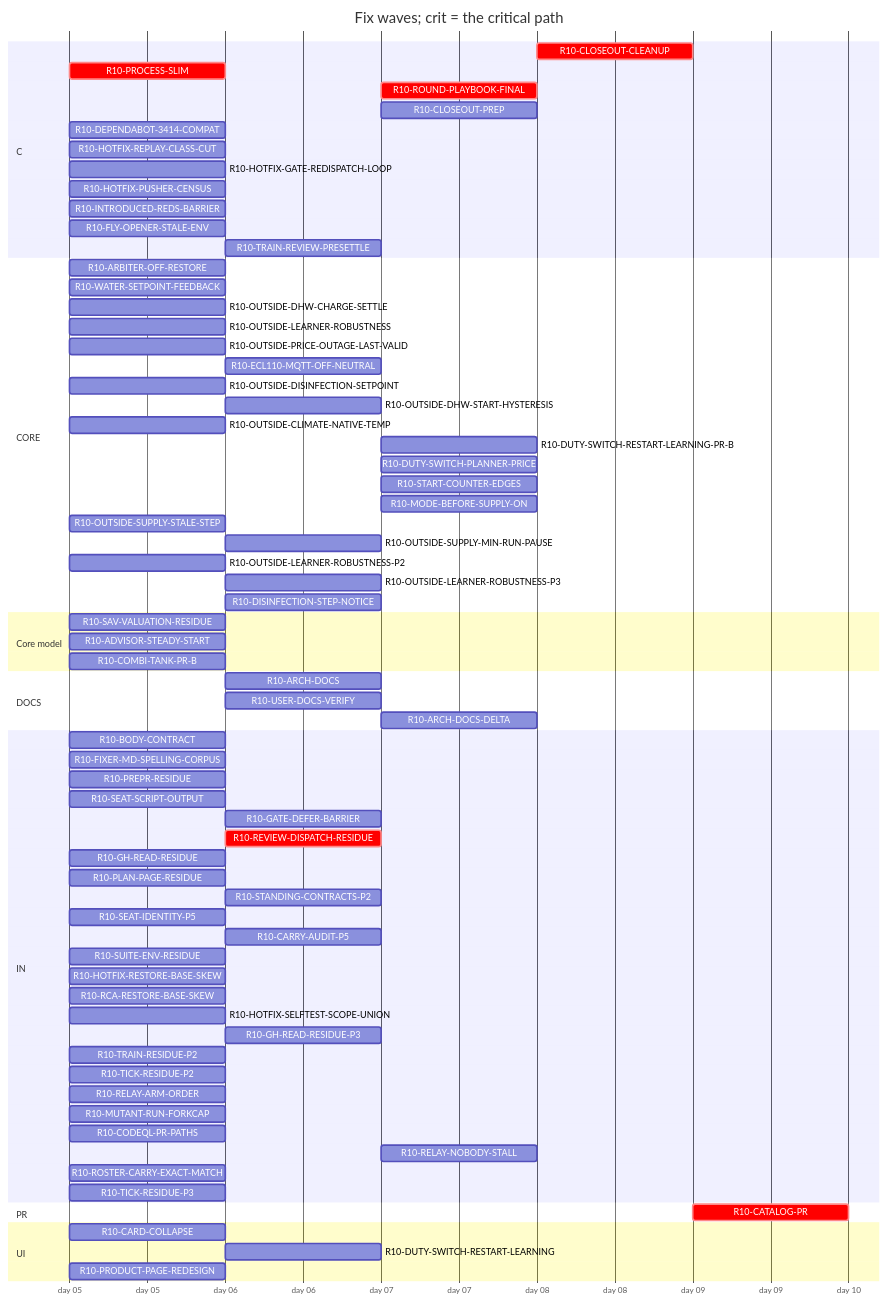
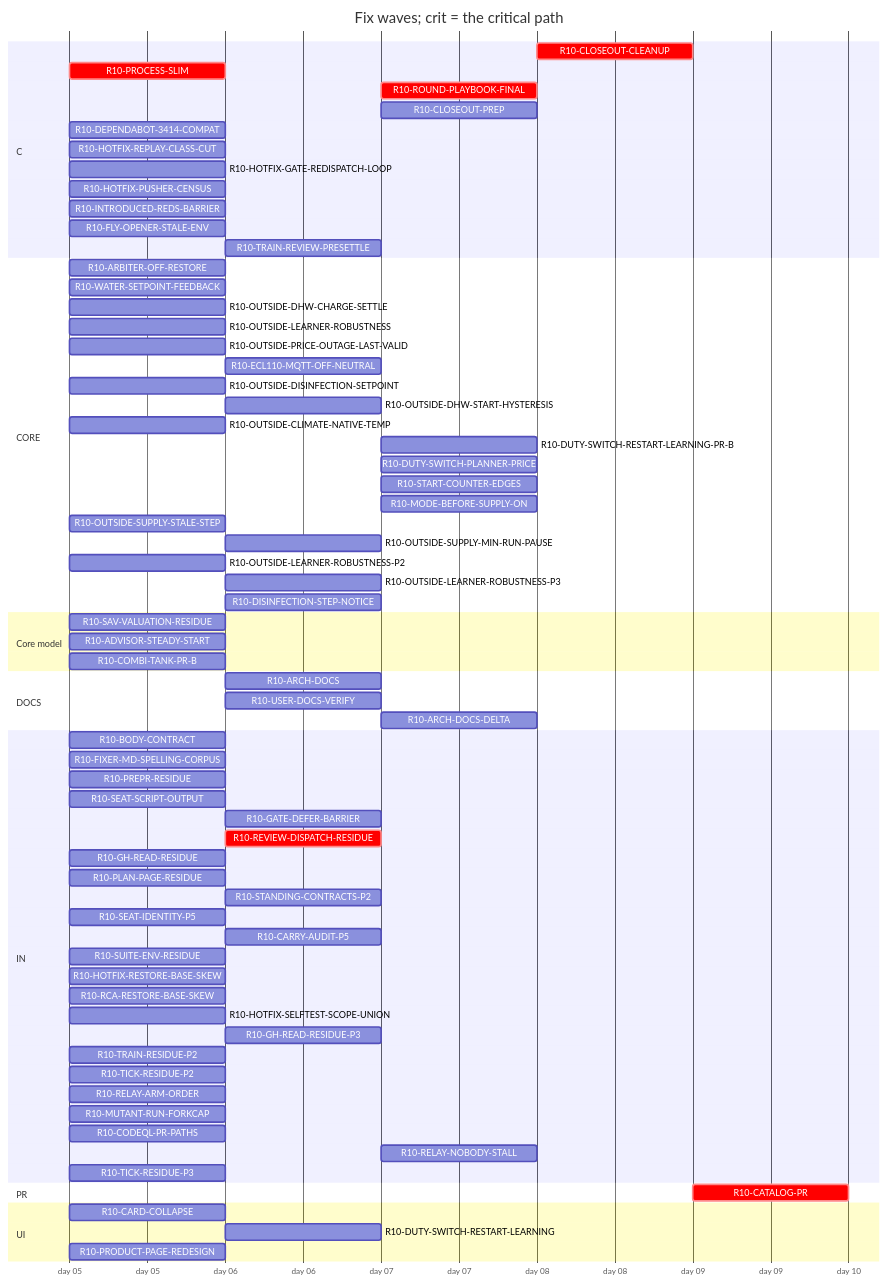
The diagram in handoff/round10/state/PLAN-TABLE.md (tvofi/heatpump_optimizer), drawn with Mermaid before and after one commit. The commit also changed other lines of this file and 3 other files, not shown here.

Commit message:
state: FLOW-BOARD.md, NEXT-SESSION-PROMPT.md, PLAN-TABLE.md, RESUME-CURRENT.md regenerated (state_docs.py)

````diff
--- a/handoff/round10/state/PLAN-TABLE.md
+++ b/handoff/round10/state/PLAN-TABLE.md
@@ -20,76 +20,75 @@
 ```mermaid
 gantt
   title Fix waves; crit = the critical path
   dateFormat YYYY-MM-DD
   axisFormat day %d
   section C
     R10-CLOSEOUT-CLEANUP :crit, r10CLOSEOUTCLEANUP, after r10ARCHDOCS r10USERDOCSVERIFY r10ROUNDPLAYBOOKFINAL r10CLOSEOUTPREP r10ARCHDOCSDELTA, 1d
     R10-PROCESS-SLIM :crit, r10PROCESSSLIM, 2026-01-05, 1d
     R10-ROUND-PLAYBOOK-FINAL :crit, r10ROUNDPLAYBOOKFINAL, after r10BODYCONTRACT r10PROCESSSLIM r10FIXERMDSPELLINGCORPUS r10PREPRRESIDUE r10SEATSCRIPTOUTPUT r10REVIEWDISPATCHRESIDUE r10CARRYAUDITP5 r10SEATIDENTITYP5 r10STANDINGCONTRACTSP2 r10PLANPAGERESIDUE r10GHREADRESIDUE r10SUITEENVRESIDUE r10GATEDEFERBARRIER, 1d
     R10-CLOSEOUT-PREP :r10CLOSEOUTPREP, after r10ARCHDOCS r10BODYCONTRACT r10PROCESSSLIM r10FIXERMDSPELLINGCORPUS r10PREPRRESIDUE r10SEATSCRIPTOUTPUT r10REVIEWDISPATCHRESIDUE r10CARRYAUDITP5 r10SEATIDENTITYP5 r10STANDINGCONTRACTSP2 r10PLANPAGERESIDUE r10GHREADRESIDUE r10SUITEENVRESIDUE r10GATEDEFERBARRIER, 1d
     R10-DEPENDABOT-3414-COMPAT :r10DEPENDABOT3414COMPAT, 2026-01-05, 1d
     R10-HOTFIX-REPLAY-CLASS-CUT :r10HOTFIXREPLAYCLASSCUT, 2026-01-05, 1d
     R10-HOTFIX-GATE-REDISPATCH-LOOP :r10HOTFIXGATEREDISPATCHLOOP, 2026-01-05, 1d
     R10-HOTFIX-PUSHER-CENSUS :r10HOTFIXPUSHERCENSUS, 2026-01-05, 1d
     R10-INTRODUCED-REDS-BARRIER :r10INTRODUCEDREDSBARRIER, 2026-01-05, 1d
     R10-FLY-OPENER-STALE-ENV :r10FLYOPENERSTALEENV, 2026-01-05, 1d
     R10-TRAIN-REVIEW-PRESETTLE :r10TRAINREVIEWPRESETTLE, after r10TRAINRESIDUEP2, 1d
   section CORE
     R10-ARBITER-OFF-RESTORE :r10ARBITEROFFRESTORE, 2026-01-05, 1d
     R10-WATER-SETPOINT-FEEDBACK :r10WATERSETPOINTFEEDBACK, 2026-01-05, 1d
     R10-OUTSIDE-DHW-CHARGE-SETTLE :r10OUTSIDEDHWCHARGESETTLE, 2026-01-05, 1d
     R10-OUTSIDE-LEARNER-ROBUSTNESS :r10OUTSIDELEARNERROBUSTNESS, 2026-01-05, 1d
     R10-OUTSIDE-PRICE-OUTAGE-LAST-VALID :r10OUTSIDEPRICEOUTAGELASTVALID, 2026-01-05, 1d
     R10-ECL110-MQTT-OFF-NEUTRAL :r10ECL110MQTTOFFNEUTRAL, after r10ARBITEROFFRESTORE, 1d
     R10-OUTSIDE-DISINFECTION-SETPOINT :r10OUTSIDEDISINFECTIONSETPOINT, 2026-01-05, 1d
     R10-OUTSIDE-DHW-START-HYSTERESIS :r10OUTSIDEDHWSTARTHYSTERESIS, after r10OUTSIDEDISINFECTIONSETPOINT, 1d
     R10-OUTSIDE-CLIMATE-NATIVE-TEMP :r10OUTSIDECLIMATENATIVETEMP, 2026-01-05, 1d
     R10-DUTY-SWITCH-RESTART-LEARNING-PR-B :r10DUTYSWITCHRESTARTLEARNINGPRB, after r10DUTYSWITCHRESTARTLEARNING, 1d
     R10-DUTY-SWITCH-PLANNER-PRICE :r10DUTYSWITCHPLANNERPRICE, after r10DUTYSWITCHRESTARTLEARNING, 1d
     R10-START-COUNTER-EDGES :r10STARTCOUNTEREDGES, after r10DUTYSWITCHRESTARTLEARNING, 1d
     R10-MODE-BEFORE-SUPPLY-ON :r10MODEBEFORESUPPLYON, after r10DUTYSWITCHRESTARTLEARNING, 1d
     R10-OUTSIDE-SUPPLY-STALE-STEP :r10OUTSIDESUPPLYSTALESTEP, 2026-01-05, 1d
     R10-OUTSIDE-SUPPLY-MIN-RUN-PAUSE :r10OUTSIDESUPPLYMINRUNPAUSE, after r10OUTSIDESUPPLYSTALESTEP, 1d
     R10-OUTSIDE-LEARNER-ROBUSTNESS-P2 :r10OUTSIDELEARNERROBUSTNESSP2, 2026-01-05, 1d
     R10-OUTSIDE-LEARNER-ROBUSTNESS-P3 :r10OUTSIDELEARNERROBUSTNESSP3, after r10OUTSIDELEARNERROBUSTNESS r10OUTSIDELEARNERROBUSTNESSP2, 1d
     R10-DISINFECTION-STEP-NOTICE :r10DISINFECTIONSTEPNOTICE, after r10OUTSIDEDISINFECTIONSETPOINT, 1d
   section Core model
     R10-SAV-VALUATION-RESIDUE :r10SAVVALUATIONRESIDUE, 2026-01-05, 1d
     R10-ADVISOR-STEADY-START :r10ADVISORSTEADYSTART, 2026-01-05, 1d
     R10-COMBI-TANK-PR-B :r10COMBITANKPRB, 2026-01-05, 1d
   section DOCS
     R10-ARCH-DOCS :r10ARCHDOCS, after r10BODYCONTRACT r10PROCESSSLIM, 1d
     R10-USER-DOCS-VERIFY :r10USERDOCSVERIFY, after r10ARBITEROFFRESTORE r10PRODUCTPAGEREDESIGN, 1d
     R10-ARCH-DOCS-DELTA :r10ARCHDOCSDELTA, after r10ARCHDOCS r10ARBITEROFFRESTORE r10SAVVALUATIONRESIDUE r10ADVISORSTEADYSTART r10COMBITANKPRB, 1d
   section IN
     R10-BODY-CONTRACT :r10BODYCONTRACT, 2026-01-05, 1d
     R10-FIXER-MD-SPELLING-CORPUS :r10FIXERMDSPELLINGCORPUS, 2026-01-05, 1d
     R10-PREPR-RESIDUE :r10PREPRRESIDUE, 2026-01-05, 1d
     R10-SEAT-SCRIPT-OUTPUT :r10SEATSCRIPTOUTPUT, 2026-01-05, 1d
     R10-GATE-DEFER-BARRIER :r10GATEDEFERBARRIER, after r10HOTFIXGATEREDISPATCHLOOP, 1d
     R10-REVIEW-DISPATCH-RESIDUE :crit, r10REVIEWDISPATCHRESIDUE, after r10PROCESSSLIM, 1d
     R10-GH-READ-RESIDUE :r10GHREADRESIDUE, 2026-01-05, 1d
     R10-PLAN-PAGE-RESIDUE :r10PLANPAGERESIDUE, 2026-01-05, 1d
     R10-STANDING-CONTRACTS-P2 :r10STANDINGCONTRACTSP2, after r10FIXERMDSPELLINGCORPUS, 1d
     R10-SEAT-IDENTITY-P5 :r10SEATIDENTITYP5, 2026-01-05, 1d
     R10-CARRY-AUDIT-P5 :r10CARRYAUDITP5, after r10BODYCONTRACT, 1d
     R10-SUITE-ENV-RESIDUE :r10SUITEENVRESIDUE, 2026-01-05, 1d
     R10-HOTFIX-RESTORE-BASE-SKEW :r10HOTFIXRESTOREBASESKEW, 2026-01-05, 1d
     R10-RCA-RESTORE-BASE-SKEW :r10RCARESTOREBASESKEW, 2026-01-05, 1d
     R10-HOTFIX-SELFTEST-SCOPE-UNION :r10HOTFIXSELFTESTSCOPEUNION, 2026-01-05, 1d
     R10-GH-READ-RESIDUE-P3 :r10GHREADRESIDUEP3, after r10GHREADRESIDUE, 1d
     R10-TRAIN-RESIDUE-P2 :r10TRAINRESIDUEP2, 2026-01-05, 1d
     R10-TICK-RESIDUE-P2 :r10TICKRESIDUEP2, 2026-01-05, 1d
     R10-RELAY-ARM-ORDER :r10RELAYARMORDER, 2026-01-05, 1d
     R10-MUTANT-RUN-FORKCAP :r10MUTANTRUNFORKCAP, 2026-01-05, 1d
     R10-CODEQL-PR-PATHS :r10CODEQLPRPATHS, 2026-01-05, 1d
     R10-RELAY-NOBODY-STALL :r10RELAYNOBODYSTALL, after r10RELAYARMORDER r10REVIEWDISPATCHRESIDUE, 1d
-    R10-ROSTER-CARRY-EXACT-MATCH :r10ROSTERCARRYEXACTMATCH, 2026-01-05, 1d
     R10-TICK-RESIDUE-P3 :r10TICKRESIDUEP3, 2026-01-05, 1d
   section PR
     R10-CATALOG-PR :crit, r10CATALOGPR, after r10USERDOCSVERIFY r10ARCHDOCS r10ROUNDPLAYBOOKFINAL r10CLOSEOUTCLEANUP r10CLOSEOUTPREP r10ARCHDOCSDELTA, 1d
   section UI
     R10-CARD-COLLAPSE :r10CARDCOLLAPSE, 2026-01-05, 1d
     R10-DUTY-SWITCH-RESTART-LEARNING :r10DUTYSWITCHRESTARTLEARNING, after r10WATERSETPOINTFEEDBACK, 1d
     R10-PRODUCT-PAGE-REDESIGN :r10PRODUCTPAGEREDESIGN, 2026-01-05, 1d
 ```
````
